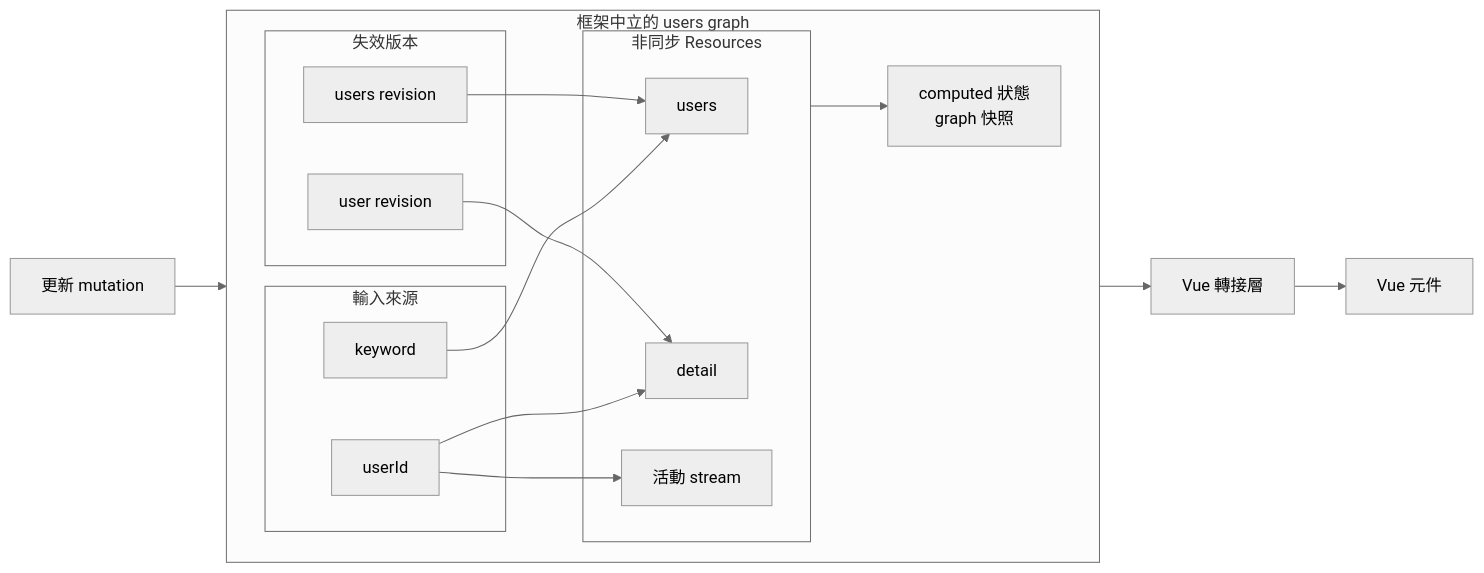
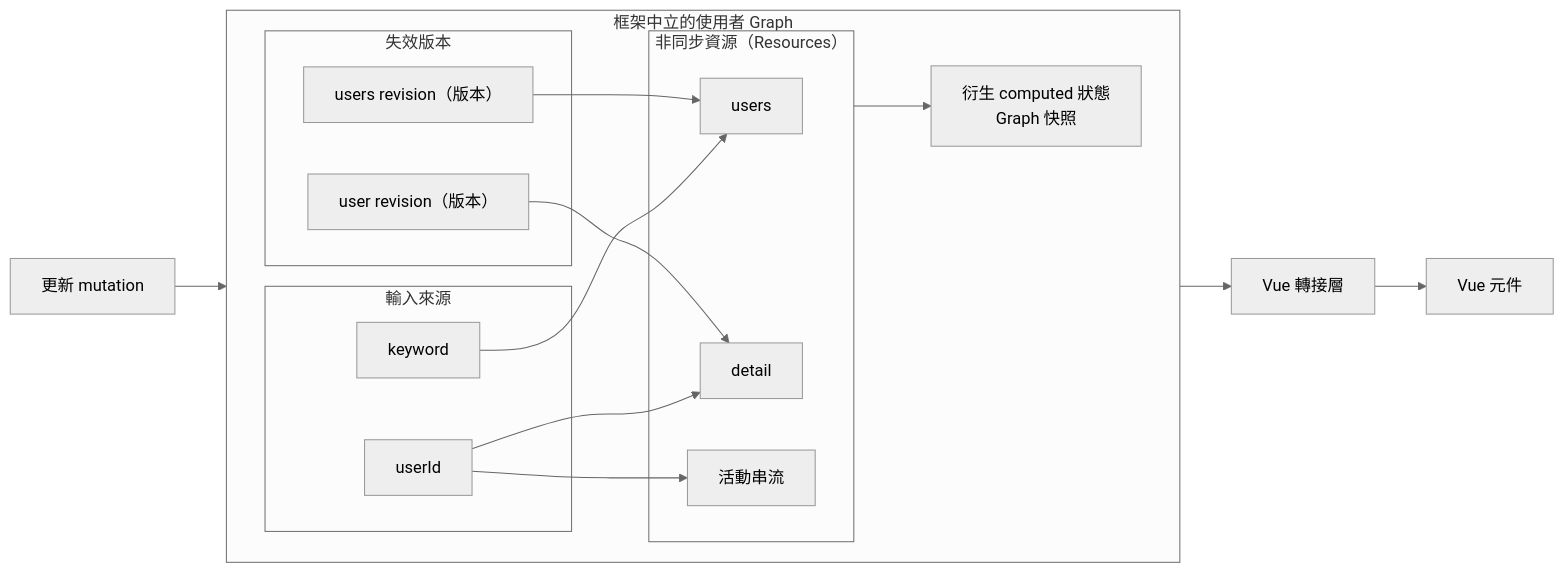
One commit to Luciano0322/v-tw-talk-2026 changed the second of 2 diagrams in pages/50-signal-kernel.md. Above: the diagram before and after it, drawn with Mermaid (neutral theme). The commit also changed other lines of this file and 9 other files, not shown here.

````diff
--- a/pages/50-signal-kernel.md
+++ b/pages/50-signal-kernel.md
@@ -142,28 +142,28 @@
 ```mermaid
 flowchart LR
-  subgraph Graph["框架中立的 users graph"]
+  subgraph Graph["框架中立的使用者 Graph"]
     direction LR
     subgraph Sources["輸入來源"]
       Keyword["keyword"]
       UserId["userId"]
     end
     subgraph Invalidations["失效版本"]
-      UsersRev["users revision"]
-      UserRev["user revision"]
+      UsersRev["users revision（版本）"]
+      UserRev["user revision（版本）"]
     end
-    subgraph Resources["非同步 Resources"]
+    subgraph Resources["非同步資源（Resources）"]
       Users["users"]
       Detail["detail"]
-      Activity["活動 stream"]
+      Activity["活動串流"]
     end
     Keyword --> Users
     UserId --> Detail
     UserId --> Activity
     UsersRev --> Users
     UserRev --> Detail
-    Resources --> Derived["computed 狀態<br/>graph 快照"]
+    Resources --> Derived["衍生 computed 狀態<br/>Graph 快照"]
   end
   Mutation["更新 mutation"] --> Invalidations
   Derived --> Adapter["Vue 轉接層"]
   Adapter --> Consumer["Vue 元件"]
 ```
````
